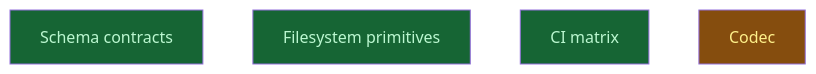
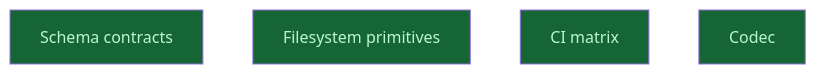
One commit to CrackingShells/cracking-shells-playbook changed the diagram in __roadmap__/m1-core-foundation/settle/build/README.md. Above: the diagram before and after it, drawn with Mermaid. The commit also changed other lines of this file and 11 other files, not shown here.

First line of the commit message:
chore(roadmap): mark the m1-core-foundation campaign done

````diff
--- a/__roadmap__/m1-core-foundation/settle/build/README.md
+++ b/__roadmap__/m1-core-foundation/settle/build/README.md
@@ -20,12 +20,12 @@
 ```mermaid
 graph TD
     schema_contracts[Schema contracts]:::done
     fs_primitives[Filesystem primitives]:::done
     ci_matrix[CI matrix]:::done
-    codec[Codec]:::inprogress
+    codec[Codec]:::done
     classDef done       fill:#166534,color:#bbf7d0
     classDef inprogress fill:#854d0e,color:#fef08a
     classDef planned    fill:#374151,color:#e5e7eb
     classDef amendment  fill:#1e3a5f,color:#bfdbfe
     classDef blocked    fill:#7f1d1d,color:#fecaca
 ```
````
